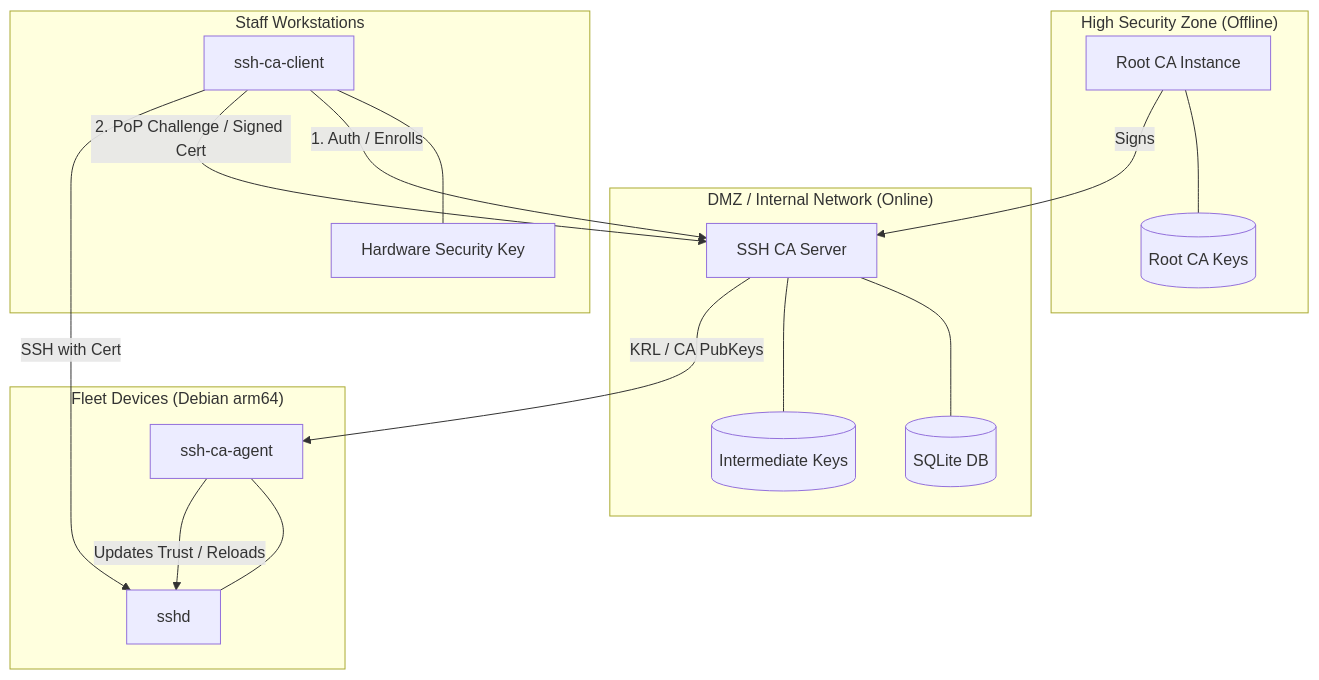
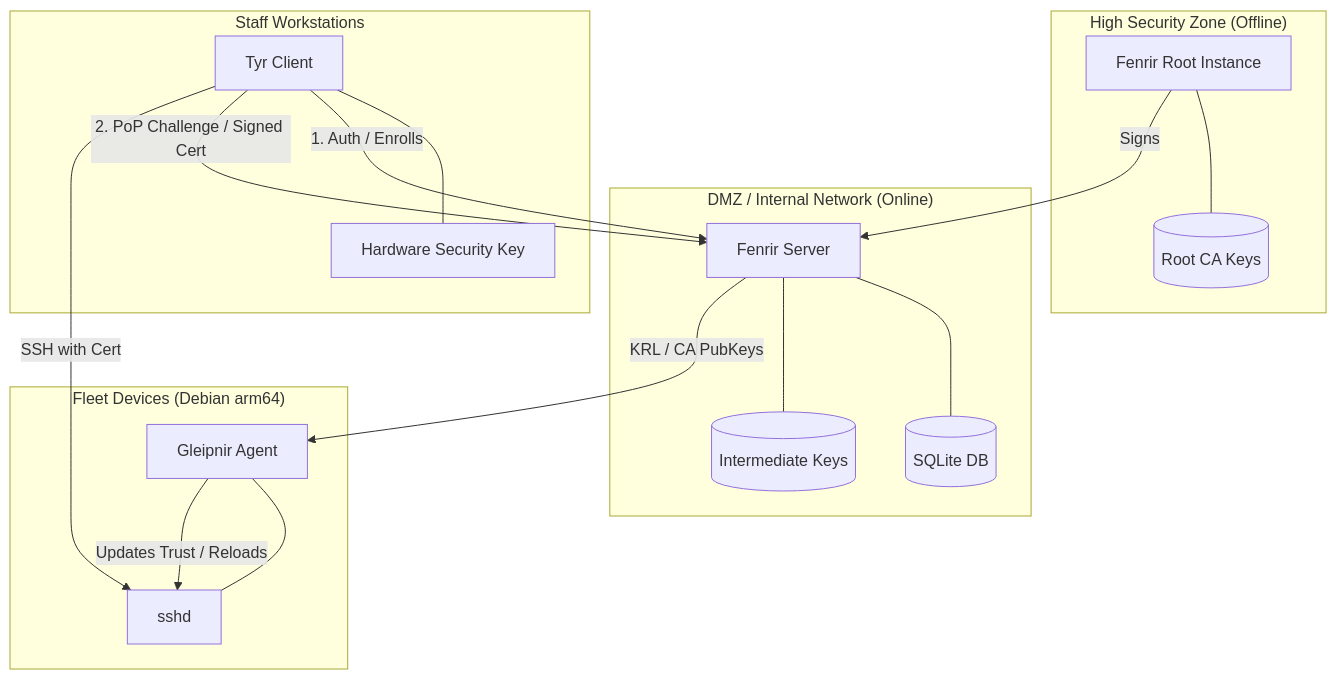
One commit to SecareLupus/Fenrir_Homelab_SSH_CA changed the diagram in README.md. Above: the diagram before and after it, drawn with Mermaid. The commit also changed other lines of this file and 52 other files, not shown here.

Commit message:
chore: global rebranding to Norse identity (Fenrir/Gleipnir/Tyr)

````diff
--- a/README.md
+++ b/README.md
@@ -7,36 +7,36 @@
 ```mermaid
 graph TB
     subgraph "High Security Zone (Offline)"
-        RC[Root CA Instance]
+        RC[Fenrir Root Instance]
         RK[(Root CA Keys)]
         RC --- RK
     end
 
     subgraph "DMZ / Internal Network (Online)"
-        SC[SSH CA Server]
+        SC[Fenrir Server]
         DB[(SQLite DB)]
         IK[(Intermediate Keys)]
         SC --- DB
         SC --- IK
     end
 
     subgraph "Staff Workstations"
-        CL[ssh-ca-client]
+        CL[Tyr Client]
         SK[Hardware Security Key]
         CL --- SK
     end
 
     subgraph "Fleet Devices (Debian arm64)"
-        AG[ssh-ca-agent]
+        AG[Gleipnir Agent]
         SH[sshd]
         AG --- SH
     end
 
     %% Interactions
     RC -- "Signs" --> SC
     CL -- "1. Auth / Enrolls" --> SC
     CL -- "2. PoP Challenge / Signed Cert" --> SC
     SC -- "KRL / CA PubKeys" --> AG
     AG -- "Updates Trust / Reloads" --> SH
     CL -- "SSH with Cert" --> SH
 ```
````
